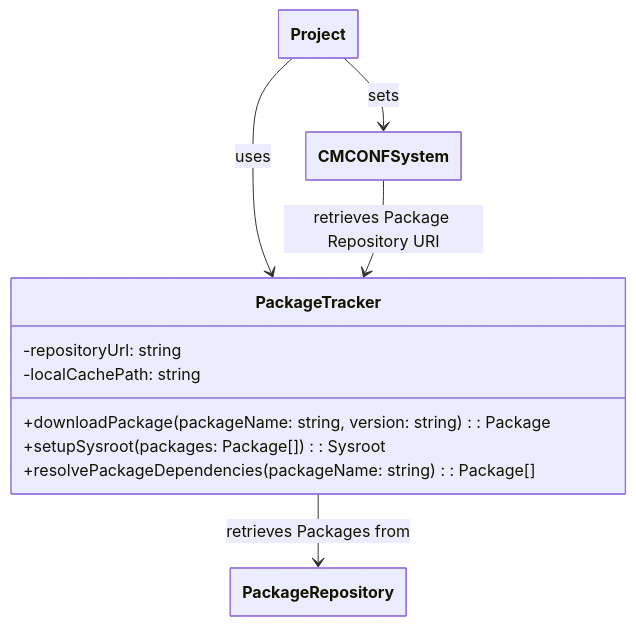
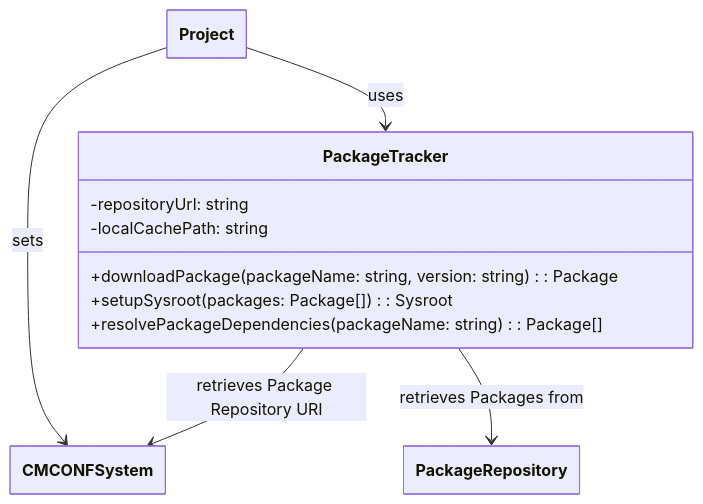
The third of 7 diagrams in docs/architecture.md (bacpack-system/bacpack-system.github.io), drawn with Mermaid before and after one commit. The commit also changed other lines of this file and 2 other files, not shown here.

````diff
--- a/docs/architecture.md
+++ b/docs/architecture.md
@@ -137,24 +137,24 @@
 ```mermaid
 ---
   config:
     class:
       hideEmptyMembersBox: true
 ---
 classDiagram
   class PackageTracker {
         -repositoryUrl: string
         -localCachePath: string
         +downloadPackage(packageName: string, version: string): Package
         +setupSysroot(packages: Package[]): Sysroot
         +resolvePackageDependencies(packageName: string): Package[]
   }
 
   Project --> PackageTracker : uses
   Project --> CMCONFSystem : sets
 
   %% PackageTracker uses CMCONF system
-  CMCONFSystem --> PackageTracker : retrieves Package Repository URI
+  PackageTracker --> CMCONFSystem : retrieves Package Repository URI
 
   %% PackageTracker interacts with repository and creates sysroot (Association)
   PackageTracker --> PackageRepository : retrieves Packages from
 ```
````
